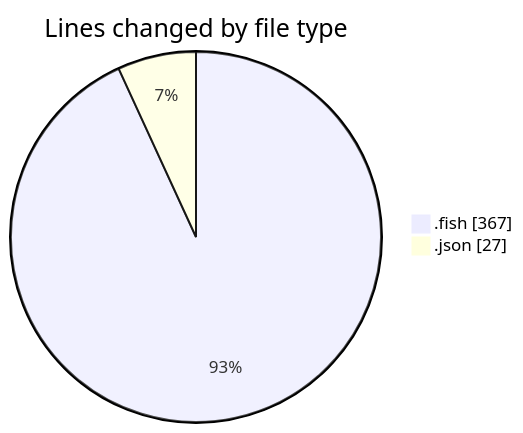
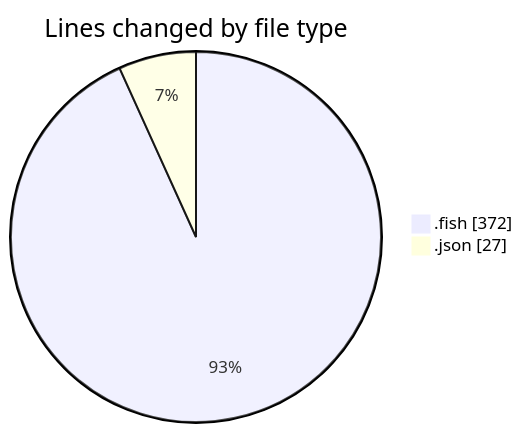
The first of 2 diagrams in 2025-08-03/fish/README.md (EIIisD/code-tracking), drawn with Mermaid before and after one commit. The commit also changed other lines of this file and 1 other file, not shown here.

````diff
--- a/2025-08-03/fish/README.md
+++ b/2025-08-03/fish/README.md
@@ -23,6 +23,6 @@
 ```mermaid
 pie showData
 title Lines changed by file type
-".fish" : 367
+".fish" : 372
 ".json" : 27
 ```
````
